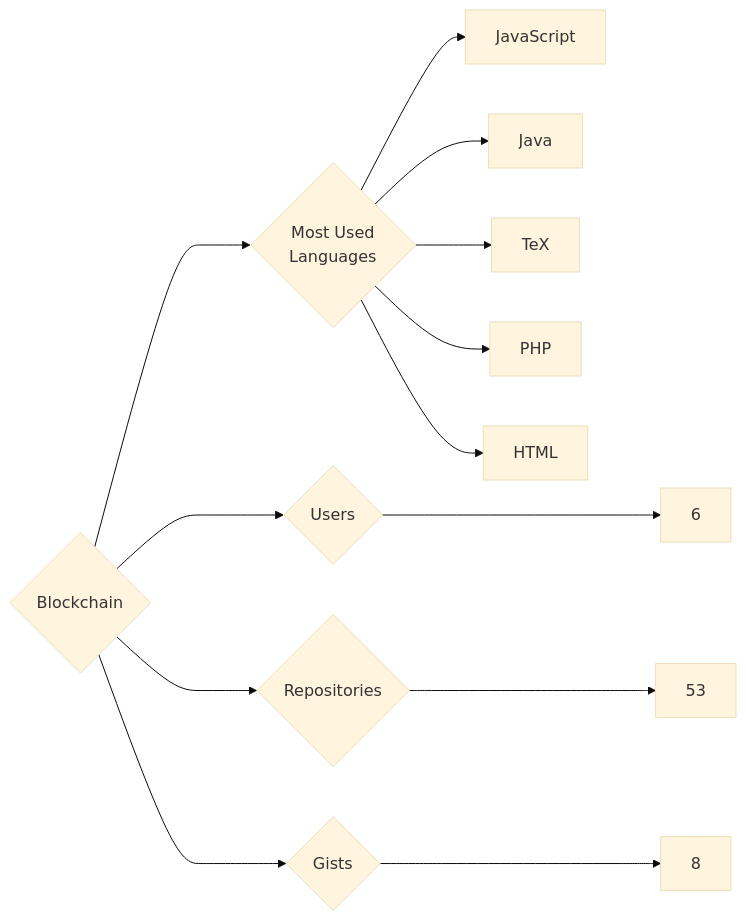
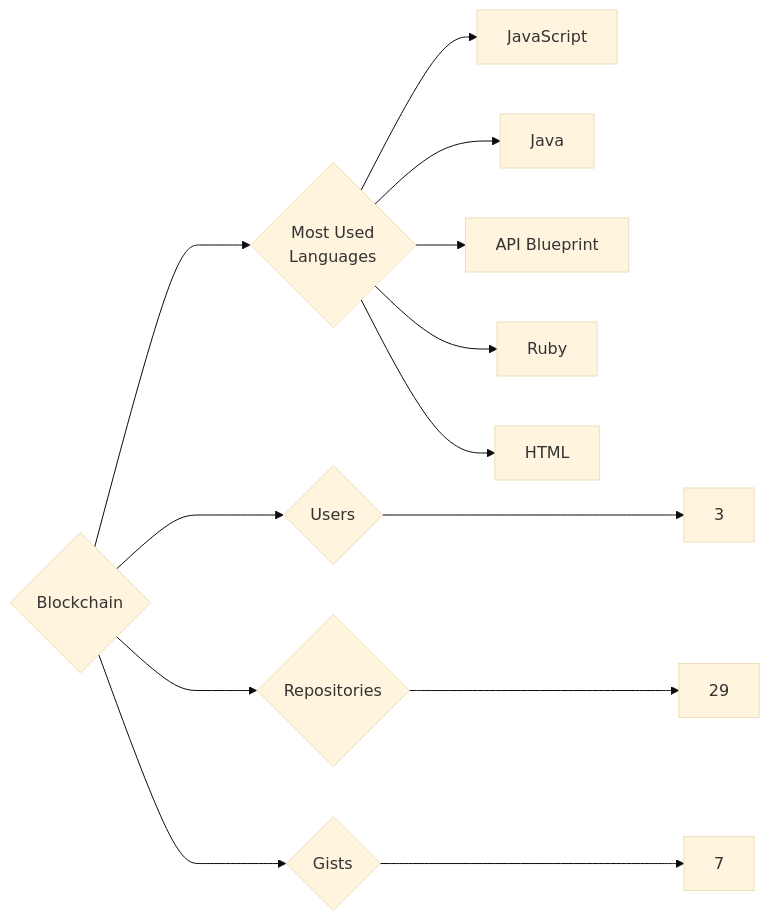
One commit to trickest/insiders changed the diagram in targets/Blockchain/README.md. Above: the diagram before and after it, drawn with Mermaid (base theme). The commit also changed 1036 other files, not shown here.

````diff
--- a/targets/Blockchain/README.md
+++ b/targets/Blockchain/README.md
@@ -3,13 +3,13 @@
 ```mermaid
 graph LR
 COMPANY_NAME{Blockchain}
-COMPANY_NAME ---> U{Users} ---> UN[6]
-COMPANY_NAME ---> R{Repositories} ---> RN[53]
-COMPANY_NAME ---> G{Gists} ---> GN[8]
+COMPANY_NAME ---> U{Users} ---> UN[3]
+COMPANY_NAME ---> R{Repositories} ---> RN[29]
+COMPANY_NAME ---> G{Gists} ---> GN[7]
 COMPANY_NAME ---> ML{Most Used<br>Languages}
 ML --> JavaScript[JavaScript]
 ML --> Java[Java]
-ML --> TeX[TeX]
-ML --> PHP[PHP]
+ML --> API_Blueprint[API Blueprint]
+ML --> Ruby[Ruby]
 ML --> HTML[HTML]
 ```
````
